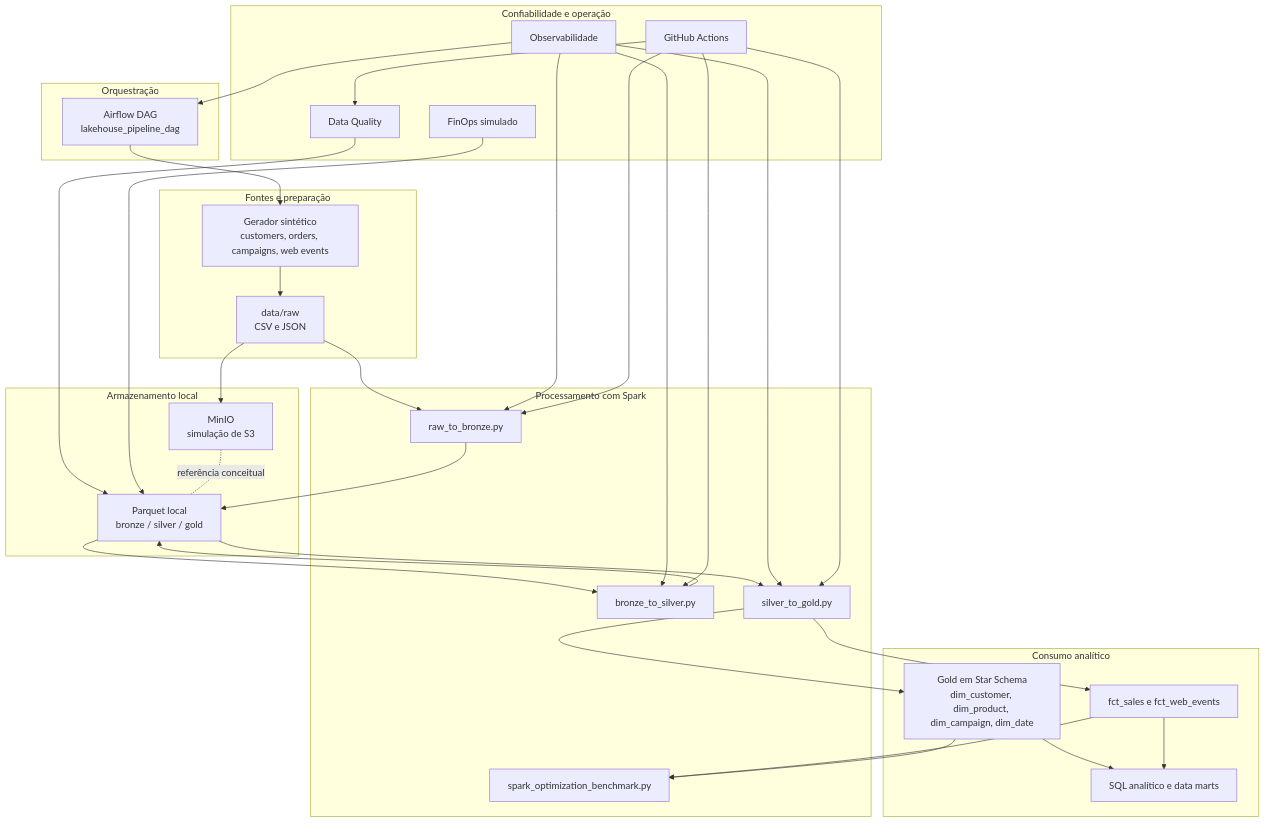
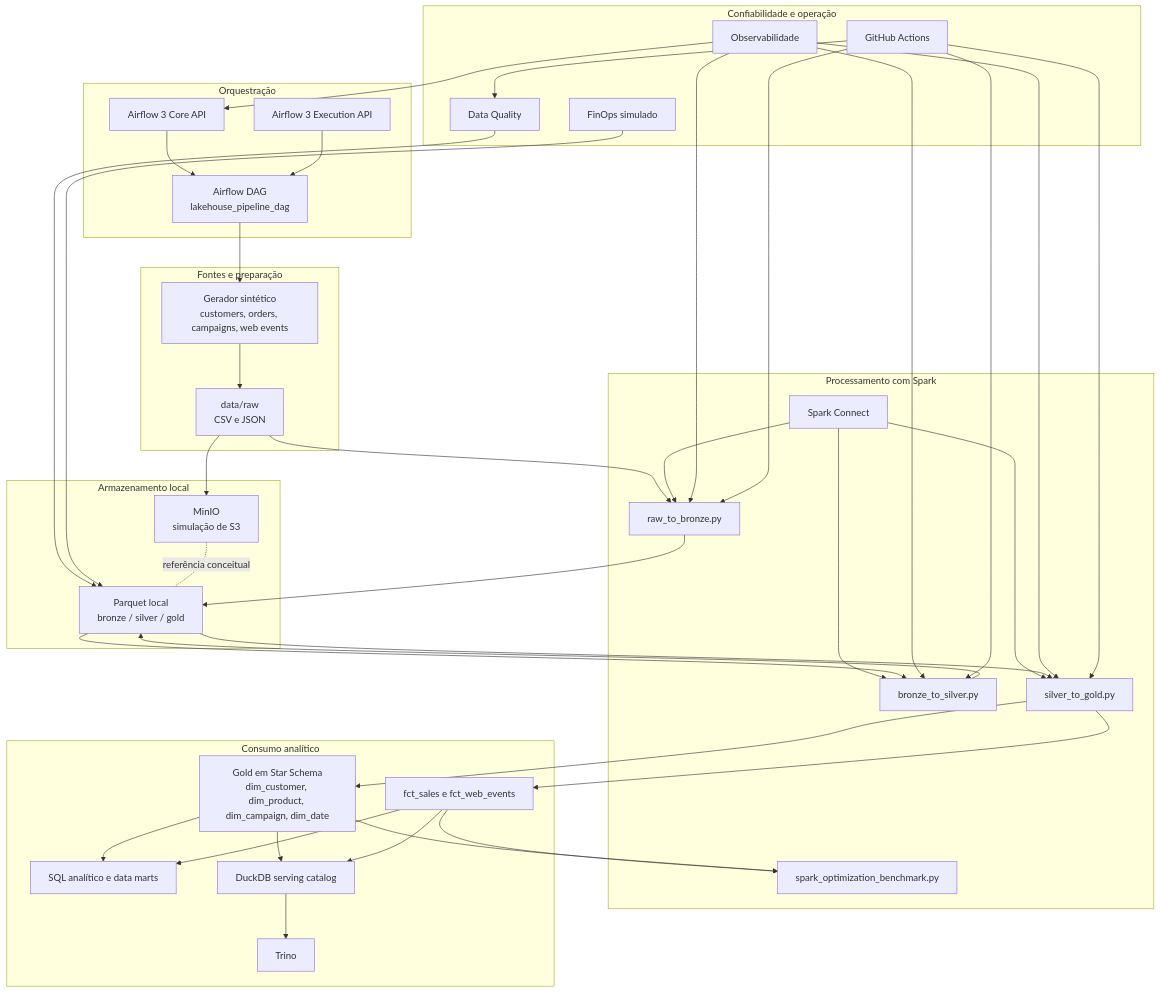
One commit to brodyandre/aws-lakehouse-engineering-lab changed the diagram in docs/architecture.md. Above: the diagram before and after it, drawn with Mermaid. The commit also changed other lines of this file and 51 other files, not shown here.

````diff
--- a/docs/architecture.md
+++ b/docs/architecture.md
@@ -27,62 +27,75 @@
 ```mermaid
 flowchart TB
     subgraph Sources["Fontes e preparação"]
         A1["Gerador sintético<br/>customers, orders, campaigns, web events"]
         A2["data/raw<br/>CSV e JSON"]
         A1 --> A2
     end
 
     subgraph Storage["Armazenamento local"]
         B1["MinIO<br/>simulação de S3"]
         B2["Parquet local<br/>bronze / silver / gold"]
     end
 
     subgraph Processing["Processamento com Spark"]
         C1["raw_to_bronze.py"]
         C2["bronze_to_silver.py"]
         C3["silver_to_gold.py"]
         C4["spark_optimization_benchmark.py"]
+        C5["Spark Connect"]
     end
 
     subgraph Orchestration["Orquestração"]
-        D1["Airflow DAG<br/>lakehouse_pipeline_dag"]
+        D1["Airflow 3 Core API"]
+        D2["Airflow 3 Execution API"]
+        D3["Airflow DAG<br/>lakehouse_pipeline_dag"]
     end
 
     subgraph Analytics["Consumo analítico"]
         E1["Gold em Star Schema<br/>dim_customer, dim_product, dim_campaign, dim_date"]
         E2["fct_sales e fct_web_events"]
         E3["SQL analítico e data marts"]
+        E4["DuckDB serving catalog"]
+        E5["Trino"]
     end
 
     subgraph Reliability["Confiabilidade e operação"]
         F1["Data Quality"]
         F2["Observabilidade"]
         F3["FinOps simulado"]
         F4["GitHub Actions"]
     end
 
-    D1 --> A1
+    D1 --> D3
+    D2 --> D3
+    D3 --> A1
     A2 --> C1
+    C5 --> C1
+    C5 --> C2
+    C5 --> C3
     C1 --> B2
     B2 --> C2
     C2 --> B2
     B2 --> C3
     C3 --> E1
     C3 --> E2
     E1 --> E3
     E2 --> E3
+    E1 --> E4
+    E2 --> E4
+    E4 --> E5
     E2 --> C4
     E1 --> C4
     F1 --> B2
     F2 --> D1
     F2 --> C1
     F2 --> C2
     F2 --> C3
     F3 --> B2
     F4 --> F1
     F4 --> C1
     F4 --> C2
     F4 --> C3
     A2 --> B1
     B1 -. referência conceitual .- B2
 ```
````
